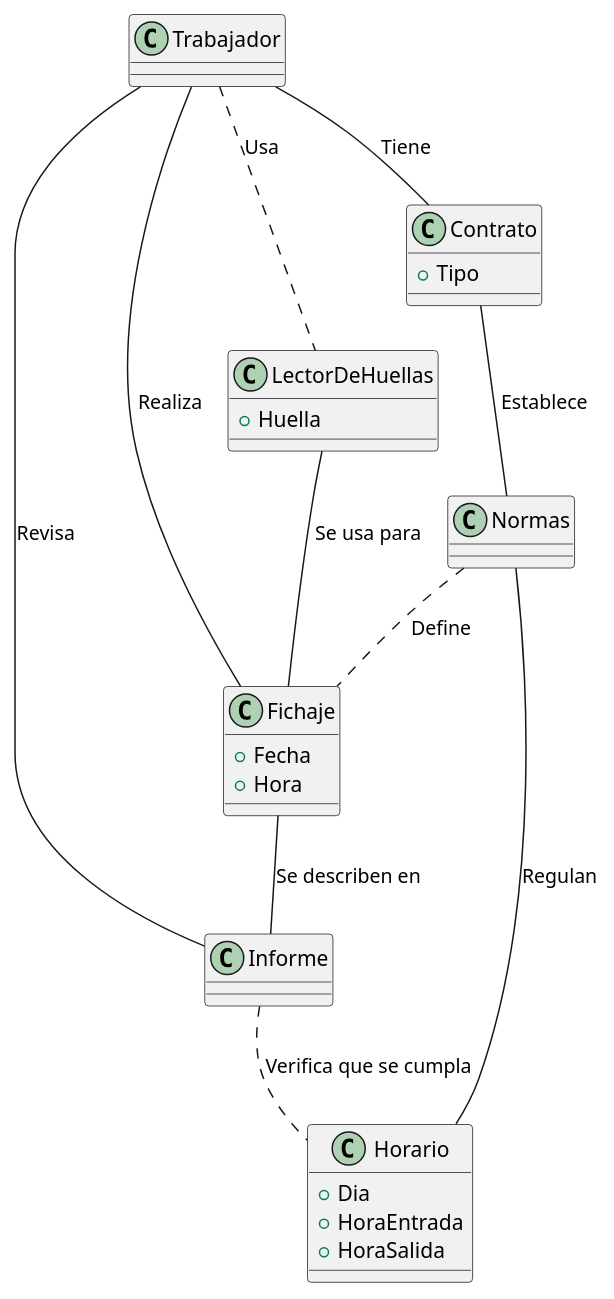
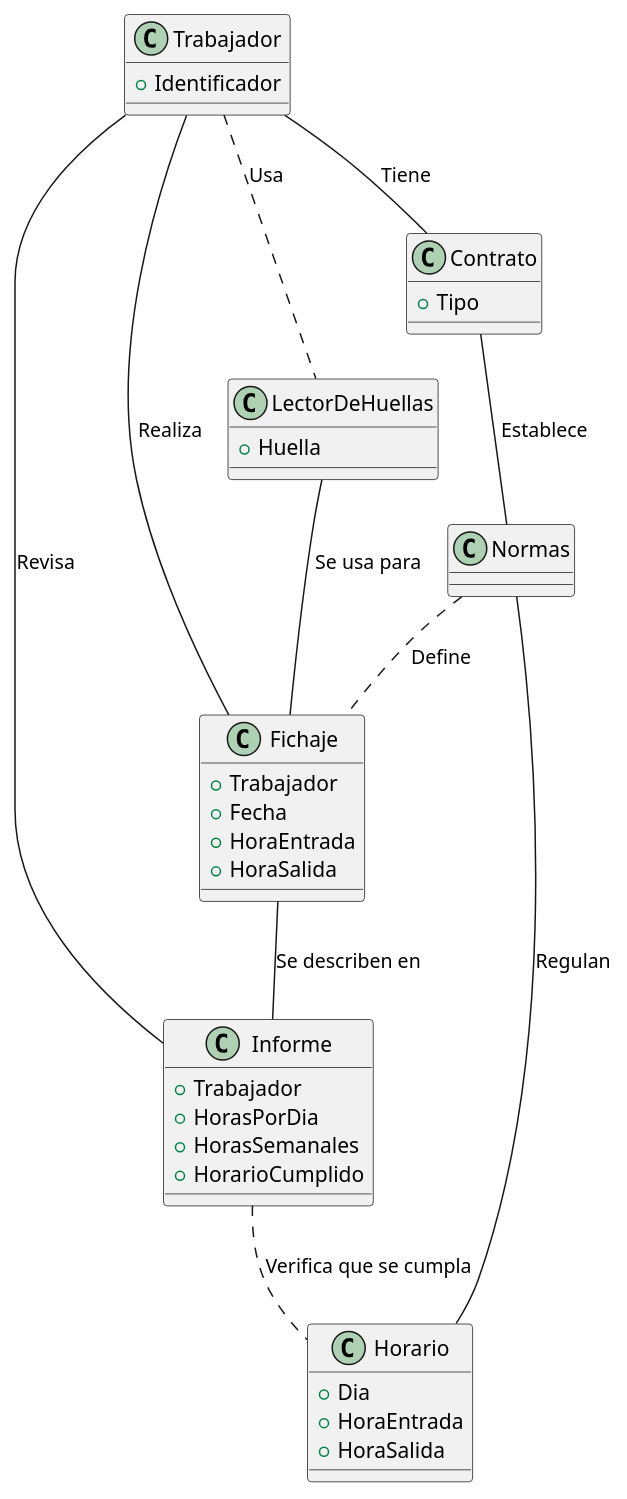
One commit to mmasias/23-24-IdSw1-SDR changed the diagram in modelosUML/modeloDominio/diagramaClases.puml. Above: the diagram before and after it, drawn with PlantUML. The commit also changed 13 other files, not shown here.

Commit message:
modify-README-files-and-diagrams-and-prototipe-images

```diff
--- a/modelosUML/modeloDominio/diagramaClases.puml
+++ b/modelosUML/modeloDominio/diagramaClases.puml
@@ -1,40 +1,46 @@
-@startuml
+@startuml Diagrama de clases
 class Trabajador{
-   
+    + Identificador
 }
 class LectorDeHuellas{
     + Huella
 }
 class Fichaje{
+    + Trabajador
     + Fecha
-    + Hora
+    + HoraEntrada
+    + HoraSalida
 }
 
 class Informe{
+    + Trabajador
+    + HorasPorDia
+    + HorasSemanales
+    + HorarioCumplido
 }
 
 class Horario{
     + Dia
     + HoraEntrada
     + HoraSalida
 }
 class Contrato{
     + Tipo
 }
 class Normas{
 
 }
 
 Trabajador -- Contrato : Tiene
 Trabajador .. LectorDeHuellas : Usa
 LectorDeHuellas -- Fichaje : Se usa para
 Fichaje -- Informe : Se describen en
 Informe .. Horario : Verifica que se cumpla
 Contrato -- Normas : Establece
 Normas-- Horario : Regulan
 Normas.. Fichaje : Define
 Trabajador -- Informe : Revisa
 Trabajador -- Fichaje :Realiza
 
 
 @enduml
```
